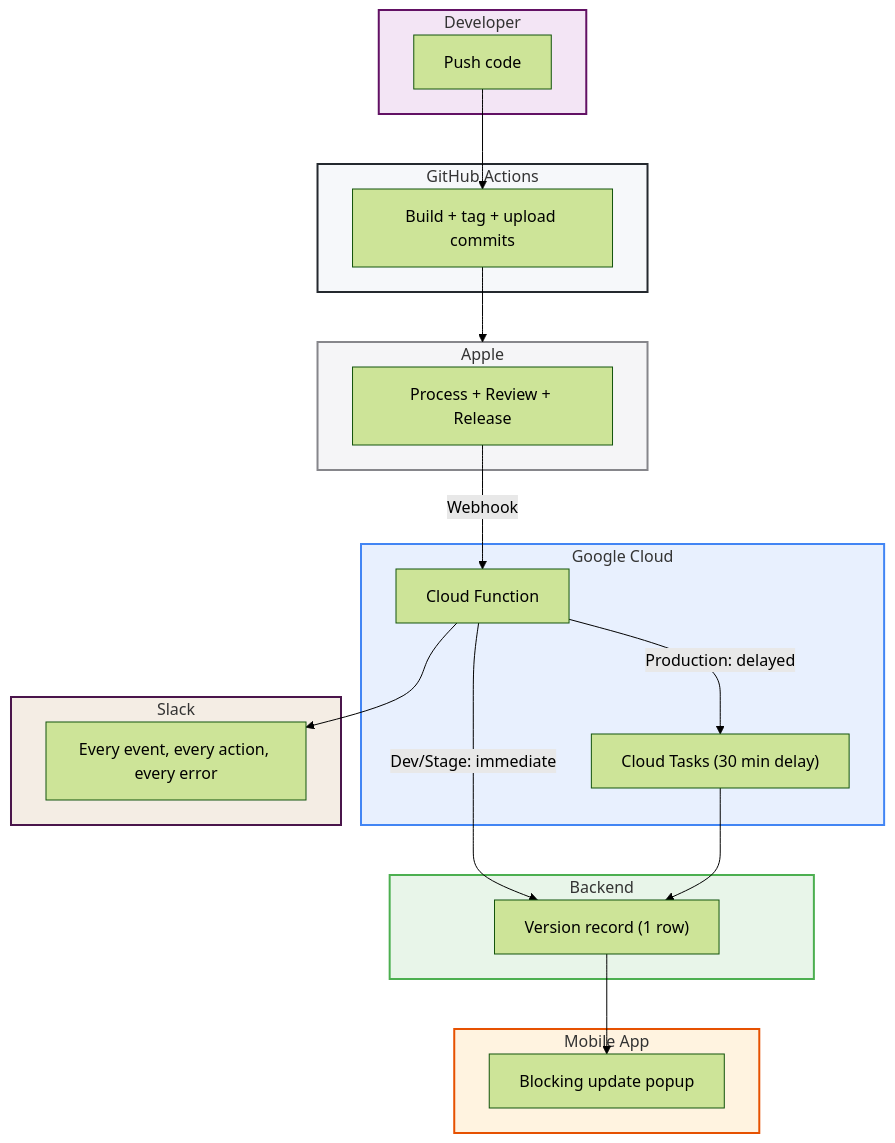
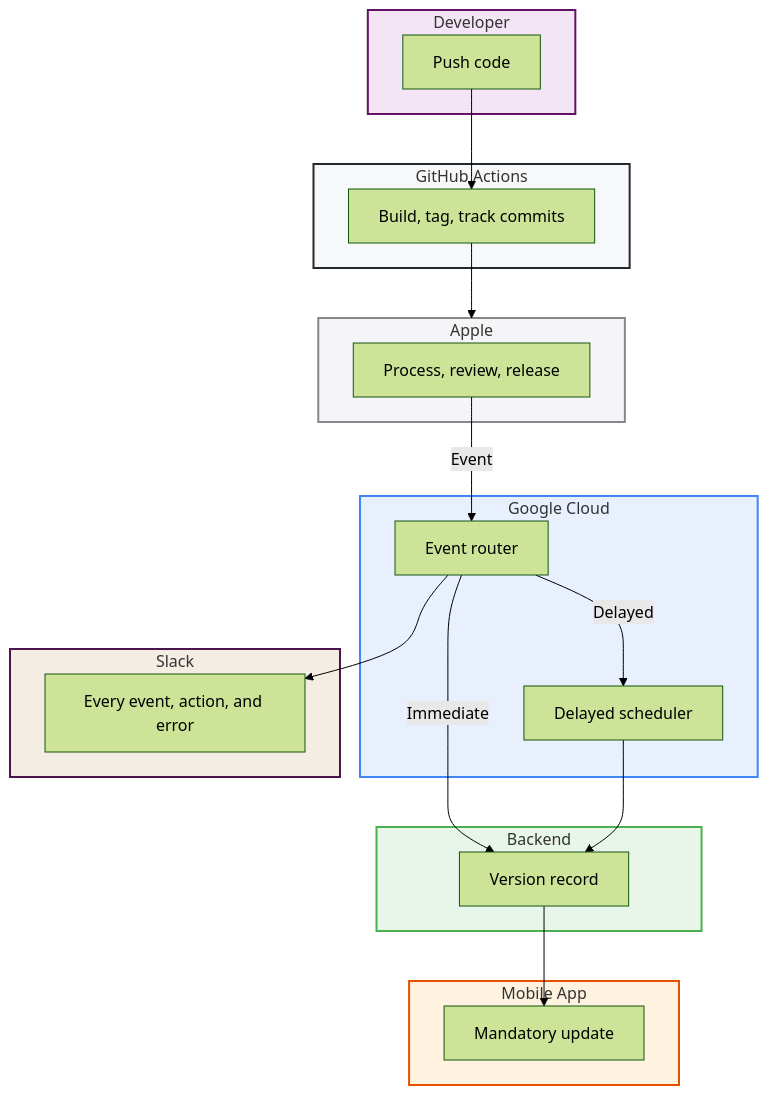
Before and after one commit to Ideaplaces/ciprianrarau.com: the second of 2 diagrams in src/data/post/appstore-webhooks-automated-release-notes.md, drawn with Mermaid (forest theme). The commit also changed other lines of this file and 9 other files, not shown here.

````diff
--- a/src/data/post/appstore-webhooks-automated-release-notes.md
+++ b/src/data/post/appstore-webhooks-automated-release-notes.md
@@ -103,46 +103,46 @@
 ```mermaid
 flowchart TB
     subgraph Developer["Developer"]
         Push["Push code"]
     end
 
     subgraph GitHub["GitHub Actions"]
-        Build["Build + tag + upload commits"]
+        Build["Build, tag, track commits"]
     end
 
     subgraph Apple["Apple"]
-        Process["Process + Review + Release"]
+        Process["Process, review, release"]
     end
 
     subgraph Cloud["Google Cloud"]
-        CF["Cloud Function"]
-        CT["Cloud Tasks (30 min delay)"]
+        CF["Event router"]
+        CT["Delayed scheduler"]
     end
 
     subgraph Backend["Backend"]
-        DB["Version record (1 row)"]
+        DB["Version record"]
     end
 
     subgraph Slack["Slack"]
-        Notify["Every event, every action, every error"]
+        Notify["Every event, action, and error"]
     end
 
     subgraph Mobile["Mobile App"]
-        Popup["Blocking update popup"]
+        Popup["Mandatory update"]
     end
 
     Push --> Build --> Apple
-    Process -->|"Webhook"| CF
-    CF -->|"Dev/Stage: immediate"| DB
-    CF -->|"Production: delayed"| CT --> DB
+    Process -->|"Event"| CF
+    CF -->|"Immediate"| DB
+    CF -->|"Delayed"| CT --> DB
     CF --> Notify
     DB --> Popup
 
     style Developer fill:#f3e5f5,stroke:#621164,stroke-width:2px
     style GitHub fill:#f6f8fa,stroke:#24292e,stroke-width:2px
     style Apple fill:#f5f5f7,stroke:#86868b,stroke-width:2px
     style Cloud fill:#e8f0fe,stroke:#4285f4,stroke-width:2px
     style Backend fill:#e8f5e9,stroke:#4caf50,stroke-width:2px
     style Slack fill:#f4ede4,stroke:#4a154b,stroke-width:2px
     style Mobile fill:#fff3e0,stroke:#e65100,stroke-width:2px
 ```
````
